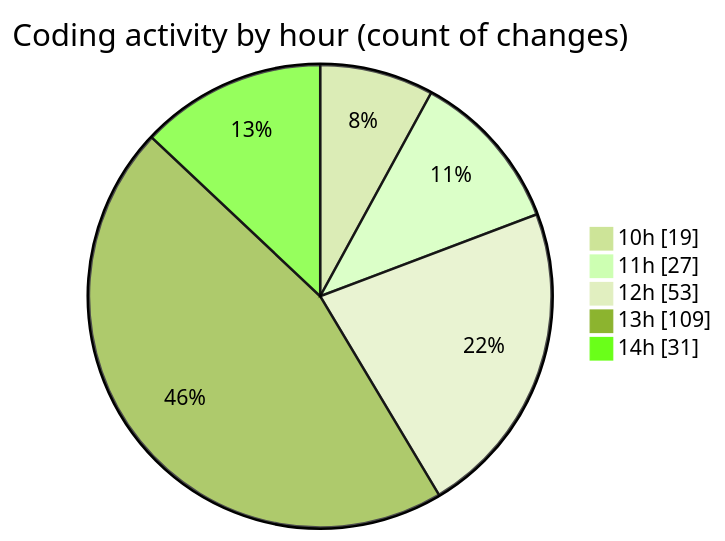
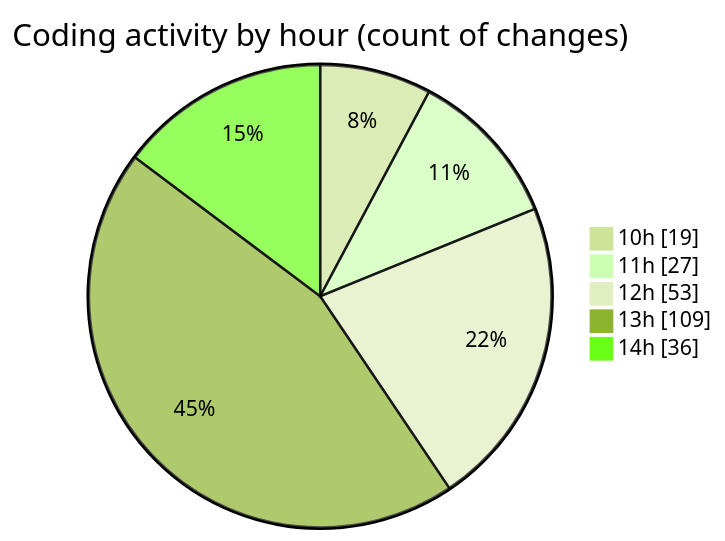
Before and after one commit to momahboobian/code-tracking: the second of 2 diagrams in 2025-03-18/cda/README.md, drawn with Mermaid (forest theme). The commit also changed other lines of this file and 1 other file, not shown here.

````diff
--- a/2025-03-18/cda/README.md
+++ b/2025-03-18/cda/README.md
@@ -42,9 +42,9 @@
 ```mermaid
 pie showData
 title Coding activity by hour (count of changes)
 "10h" : 19
 "11h" : 27
 "12h" : 53
 "13h" : 109
-"14h" : 31
+"14h" : 36
 ```
````
